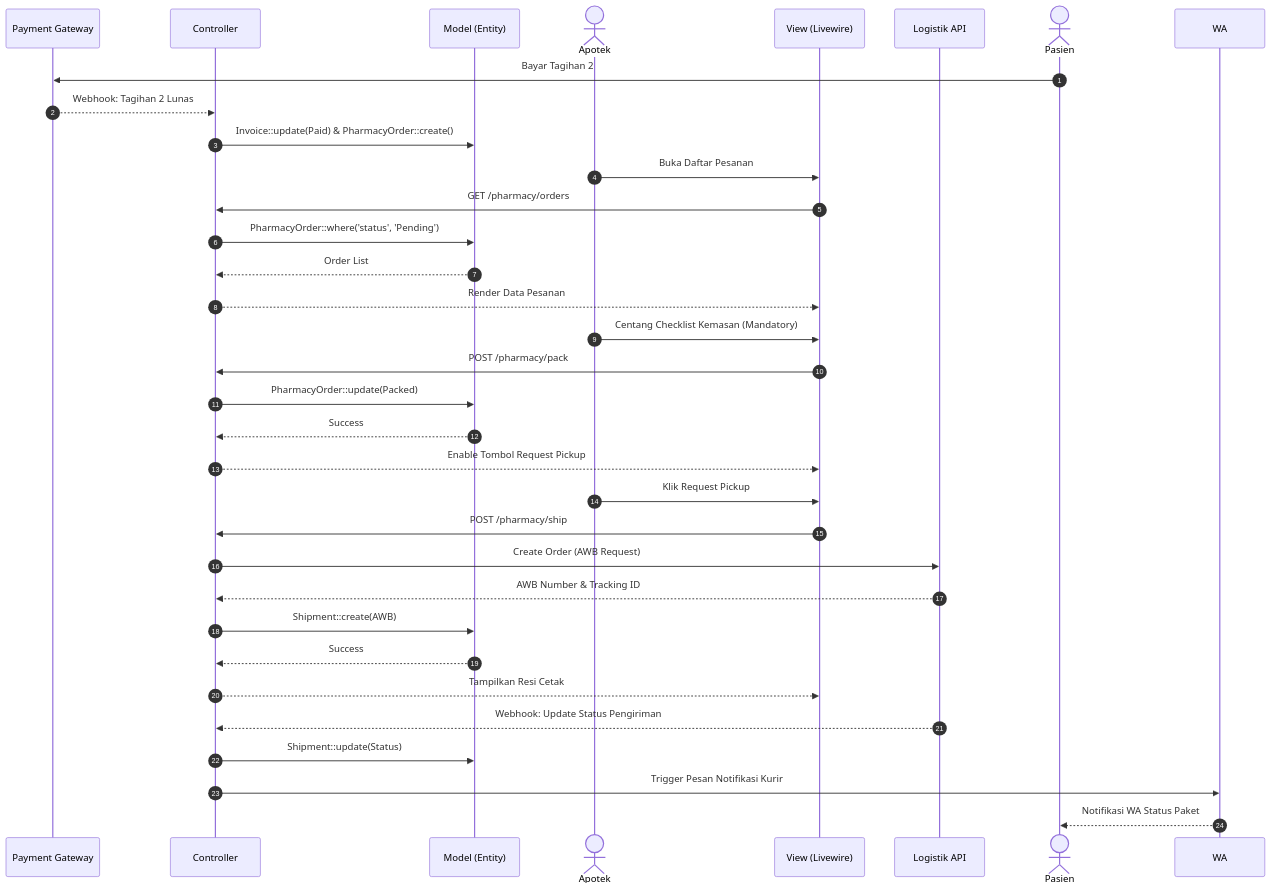
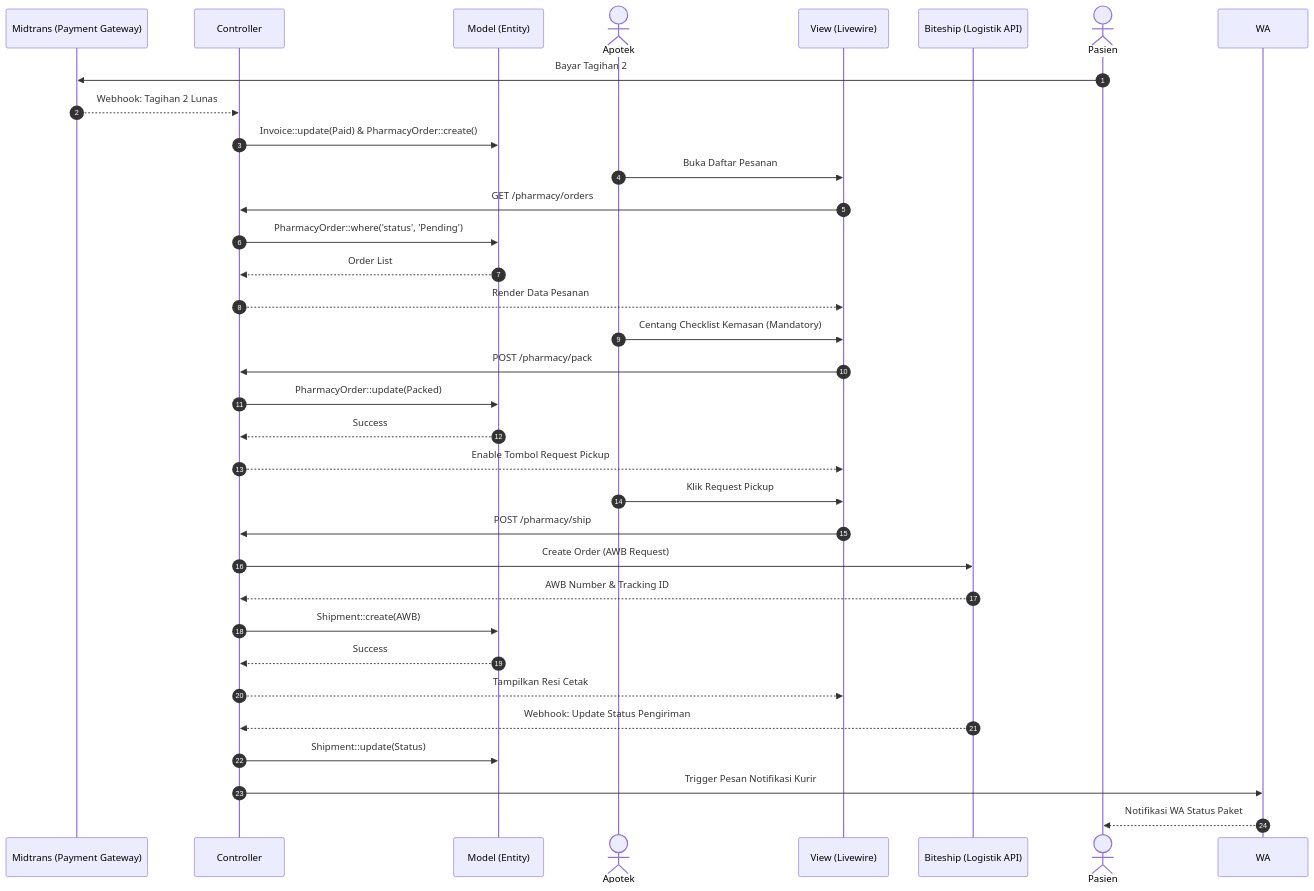
The third of 4 diagrams in perancangan sistem telemedicine/05-architecture.md (FathurRozzaq/perancangan-sistem-toko-online-obat), drawn with Mermaid before and after one commit. The commit also changed other lines of this file and 3 other files, not shown here.

Commit message:
Revise telemedicine design docs: explicit Midtrans & Biteship integration, add missing e-commerce features

````diff
--- a/perancangan sistem telemedicine/05-architecture.md
+++ b/perancangan sistem telemedicine/05-architecture.md
@@ -119,43 +79,43 @@
 ```mermaid
 sequenceDiagram
     autonumber
-    participant PG as Payment Gateway
+    participant PG as Midtrans (Payment Gateway)
     participant Controller as Controller
     participant Model as Model (Entity)
     actor Apotek
     participant View as View (Livewire)
-    participant Biteship as Logistik API
+    participant Biteship as Biteship (Logistik API)
     actor Pasien
     
     %% Pembayaran Obat Selesai
     Pasien->>PG: Bayar Tagihan 2
     PG-->>Controller: Webhook: Tagihan 2 Lunas
     Controller->>Model: Invoice::update(Paid) & PharmacyOrder::create()
     
     %% Proses Apotek
     Apotek->>View: Buka Daftar Pesanan
     View->>Controller: GET /pharmacy/orders
     Controller->>Model: PharmacyOrder::where('status', 'Pending')
     Model-->>Controller: Order List
     Controller-->>View: Render Data Pesanan
     Apotek->>View: Centang Checklist Kemasan (Mandatory)
     View->>Controller: POST /pharmacy/pack
     Controller->>Model: PharmacyOrder::update(Packed)
     Model-->>Controller: Success
     Controller-->>View: Enable Tombol Request Pickup
     
     %% Pengiriman
     Apotek->>View: Klik Request Pickup
     View->>Controller: POST /pharmacy/ship
     Controller->>Biteship: Create Order (AWB Request)
     Biteship-->>Controller: AWB Number & Tracking ID
     Controller->>Model: Shipment::create(AWB)
     Model-->>Controller: Success
     Controller-->>View: Tampilkan Resi Cetak
     
     %% Pelacakan
     Biteship-->>Controller: Webhook: Update Status Pengiriman
     Controller->>Model: Shipment::update(Status)
     Controller->>WA: Trigger Pesan Notifikasi Kurir
     WA-->>Pasien: Notifikasi WA Status Paket
 ```
````
